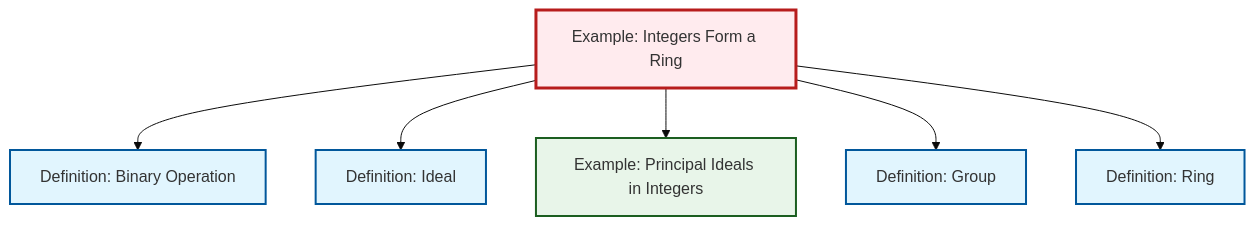
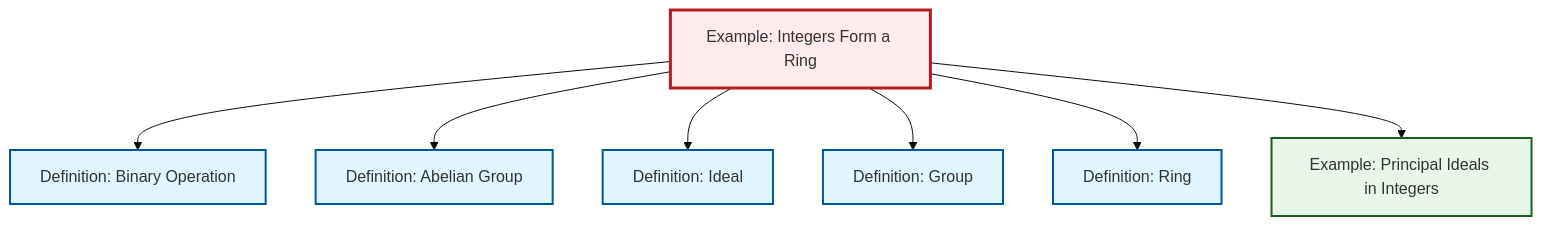
The diagram in content/ja/algebra/ex-integers-ring.qmd (RK0429/ModernMath), drawn with Mermaid (base theme) before and after one commit. The commit also changed 474 other files, not shown here.

````diff
--- a/content/ja/algebra/ex-integers-ring.qmd
+++ b/content/ja/algebra/ex-integers-ring.qmd
@@ -65,26 +65,29 @@
 ```{mermaid}
 %%| fig-cap: "Local dependency graph"
 graph TD
     classDef definition fill:#e1f5fe,stroke:#01579b,stroke-width:2px
     classDef theorem fill:#f3e5f5,stroke:#4a148c,stroke-width:2px
     classDef axiom fill:#fff3e0,stroke:#e65100,stroke-width:2px
     classDef example fill:#e8f5e9,stroke:#1b5e20,stroke-width:2px
     classDef current fill:#ffebee,stroke:#b71c1c,stroke-width:3px
+    def-ideal["Definition: Ideal"]:::definition
+    def-abelian-group["Definition: Abelian Group"]:::definition
     def-ring["Definition: Ring"]:::definition
+    ex-principal-ideal["Example: Principal Ideals in Integers"]:::example
+    ex-integers-ring["Example: Integers Form a Ring"]:::example
     def-group["Definition: Group"]:::definition
     def-binary-operation["Definition: Binary Operation"]:::definition
-    ex-principal-ideal["Example: Principal Ideals in Integers"]:::example
-    ex-integers-ring["Example: Integers Form a Ring"]:::example
-    def-ideal["Definition: Ideal"]:::definition
     ex-integers-ring --> def-binary-operation
+    ex-integers-ring --> def-abelian-group
     ex-integers-ring --> def-ideal
-    ex-integers-ring --> ex-principal-ideal
     ex-integers-ring --> def-group
     ex-integers-ring --> def-ring
+    ex-integers-ring --> ex-principal-ideal
     class ex-integers-ring current
+    click def-ideal "def-ideal.html" "Definition: Idealへ"
+    click def-abelian-group "def-abelian-group.html" "Definition: Abelian Groupへ"
     click def-ring "def-ring.html" "Definition: Ringへ"
+    click ex-principal-ideal "ex-principal-ideal.html" "Example: Principal Ideals in Integersへ"
     click def-group "def-group.html" "Definition: Groupへ"
     click def-binary-operation "def-binary-operation.html" "Definition: Binary Operationへ"
-    click ex-principal-ideal "ex-principal-ideal.html" "Example: Principal Ideals in Integersへ"
-    click def-ideal "def-ideal.html" "Definition: Idealへ"
 ```
````
